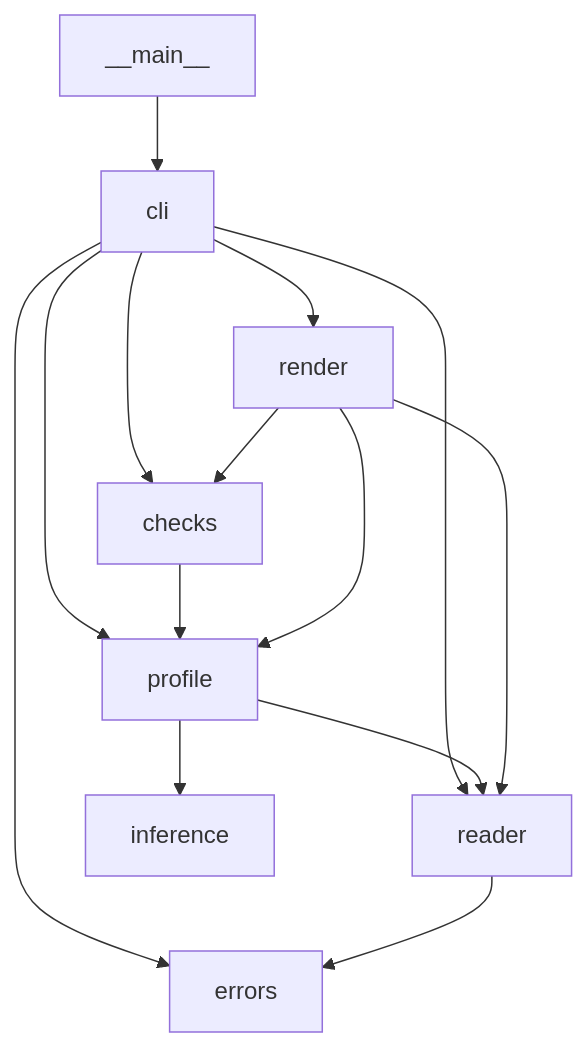
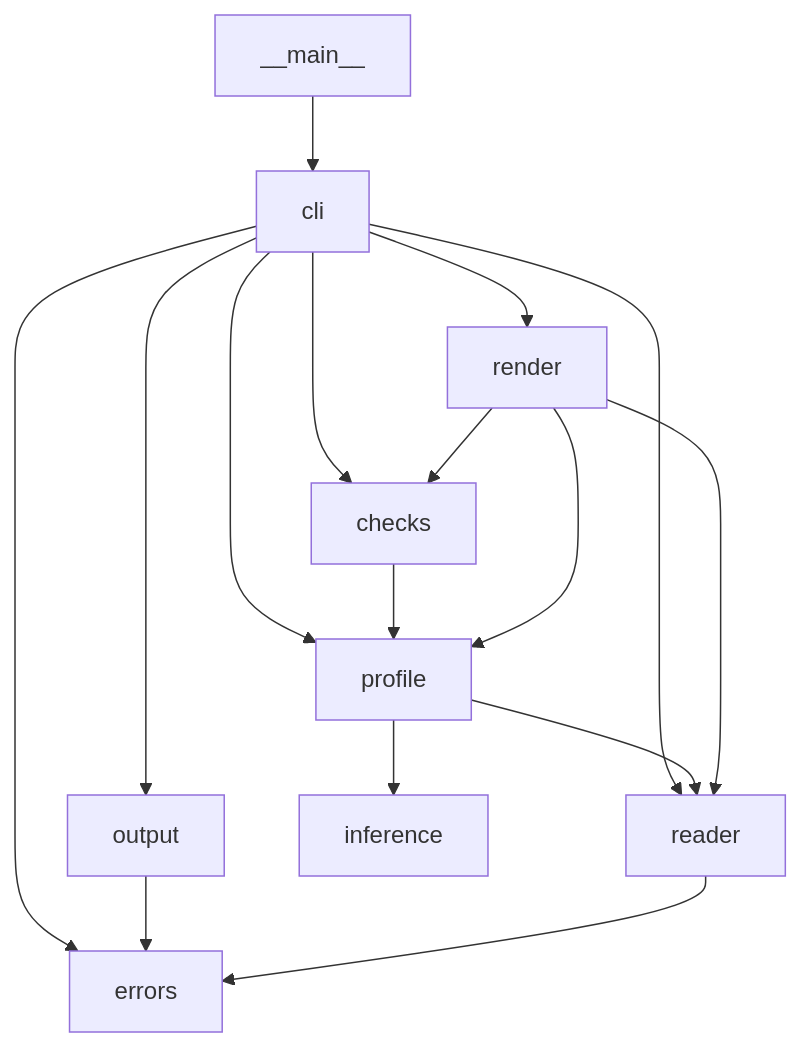
One commit to rodrix91/csv-quality-report changed the diagram in README.md. Above: the diagram before and after it, drawn with Mermaid. The commit also changed other lines of this file and 5 other files, not shown here.

````diff
--- a/README.md
+++ b/README.md
@@ -360,16 +361,18 @@
 ```mermaid
 flowchart TD
     main["__main__"] --> cli
     cli --> reader
     cli --> profile
     cli --> render
     cli --> errors
     cli --> checks
+    cli --> output
+    output --> errors
     checks --> profile
     render --> checks
     reader --> errors
     profile --> reader
     profile --> inference
     render --> profile
     render --> reader
 ```
````
